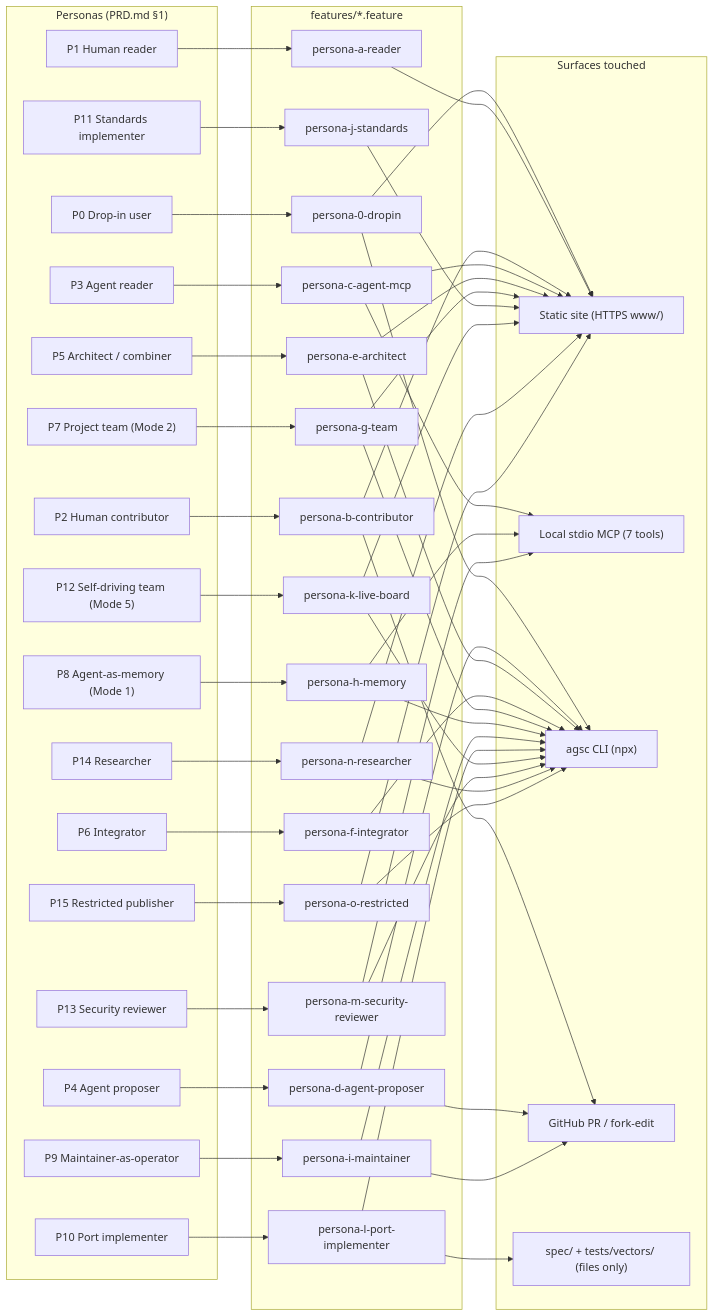
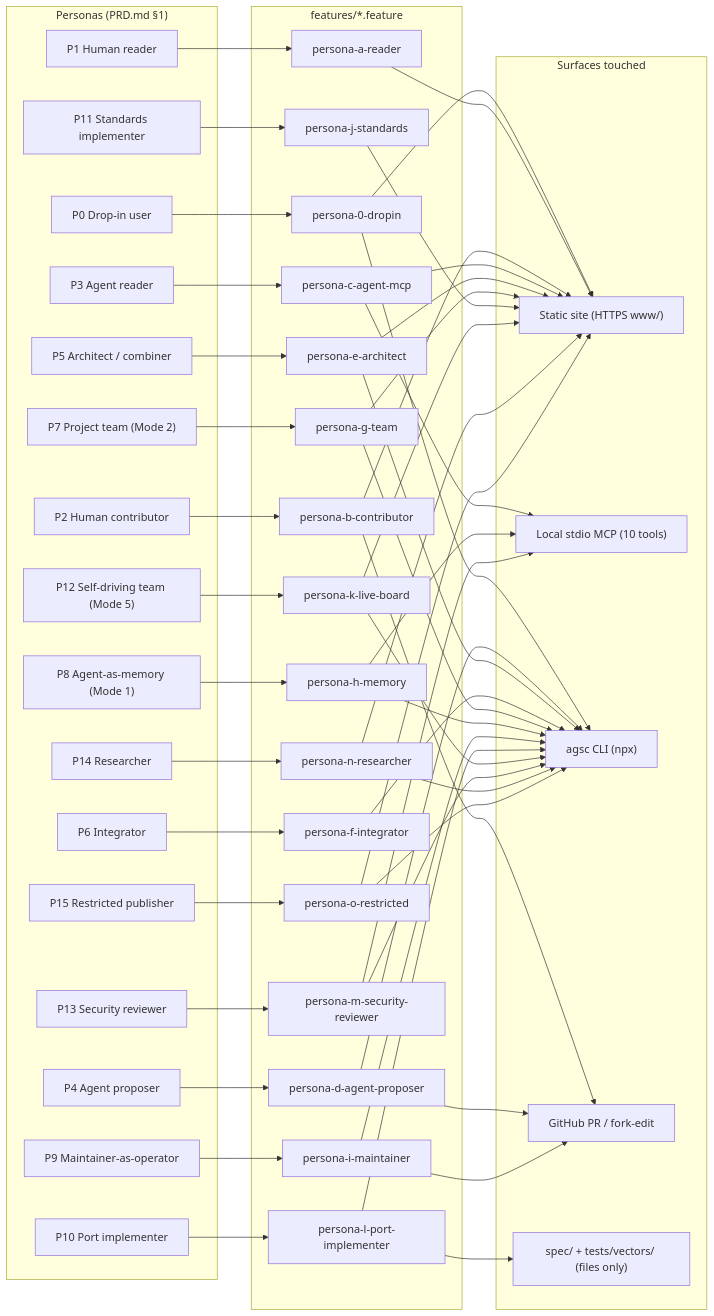
Before and after one commit to andreibesleaga/agentic-system-core: the diagram in docs/diagrams/scenario-map.md, drawn with Mermaid. The commit also changed 76 other files, not shown here.

````diff
--- a/docs/diagrams/scenario-map.md
+++ b/docs/diagrams/scenario-map.md
@@ -5,78 +5,78 @@
 ```mermaid
 flowchart LR
   subgraph PERSONAS["Personas (PRD.md §1)"]
     P0["P0 Drop-in user"]
     P1["P1 Human reader"]
     P2["P2 Human contributor"]
     P3["P3 Agent reader"]
     P4["P4 Agent proposer"]
     P5["P5 Architect / combiner"]
     P6["P6 Integrator"]
     P7["P7 Project team (Mode 2)"]
     P8["P8 Agent-as-memory (Mode 1)"]
     P9["P9 Maintainer-as-operator"]
     P10["P10 Port implementer"]
     P11["P11 Standards implementer"]
     P12["P12 Self-driving team (Mode 5)"]
     P13["P13 Security reviewer"]
     P14["P14 Researcher"]
     P15["P15 Restricted publisher"]
   end
 
   subgraph FEATURES["features/*.feature"]
     F0["persona-0-dropin"]
     Fa["persona-a-reader"]
     Fb["persona-b-contributor"]
     Fc["persona-c-agent-mcp"]
     Fd["persona-d-agent-proposer"]
     Fe["persona-e-architect"]
     Ff["persona-f-integrator"]
     Fg["persona-g-team"]
     Fh["persona-h-memory"]
     Fi["persona-i-maintainer"]
     Fj["persona-j-standards"]
     Fk["persona-k-live-board"]
     Fl["persona-l-port-implementer"]
     Fm["persona-m-security-reviewer"]
     Fn["persona-n-researcher"]
     Fo["persona-o-restricted"]
   end
 
   subgraph SURFACES["Surfaces touched"]
     SITE["Static site (HTTPS www/)"]
-    MCP["Local stdio MCP (7 tools)"]
+    MCP["Local stdio MCP (10 tools)"]
     CLI["agsc CLI (npx)"]
     PR["GitHub PR / fork-edit"]
     FILES["spec/ + tests/vectors/ (files only)"]
   end
 
   P0 --> F0 --> CLI
   F0 --> SITE
   P1 --> Fa --> SITE
   P2 --> Fb --> SITE
   Fb --> PR
   P3 --> Fc --> MCP
   Fc --> SITE
   P4 --> Fd --> CLI
   Fd --> PR
   P5 --> Fe --> SITE
   Fe --> CLI
   P6 --> Ff --> CLI
   P7 --> Fg --> CLI
   Fg --> SITE
   P8 --> Fh --> CLI
   Fh --> MCP
   P9 --> Fi --> CLI
   Fi --> PR
   P10 --> Fl --> FILES
   Fl --> CLI
   P11 --> Fj --> SITE
   P12 --> Fk --> CLI
   Fk --> SITE
   P13 --> Fm --> CLI
   Fm --> MCP
   P14 --> Fn --> CLI
   Fn --> SITE
   P15 --> Fo --> SITE
   Fo --> CLI
 ```
````
